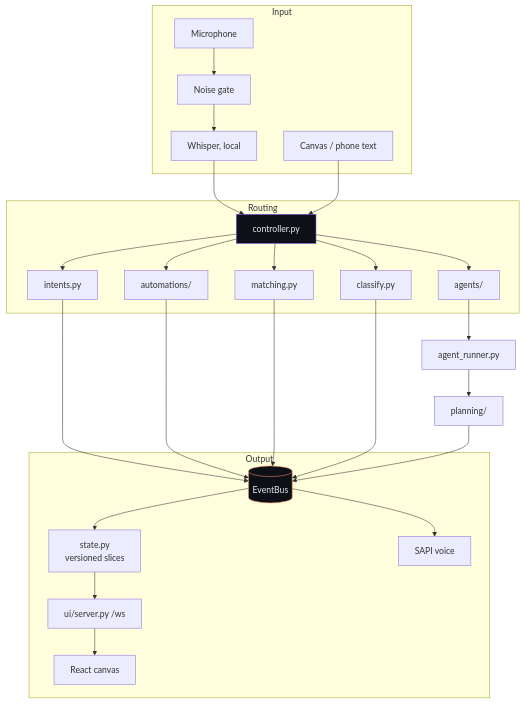
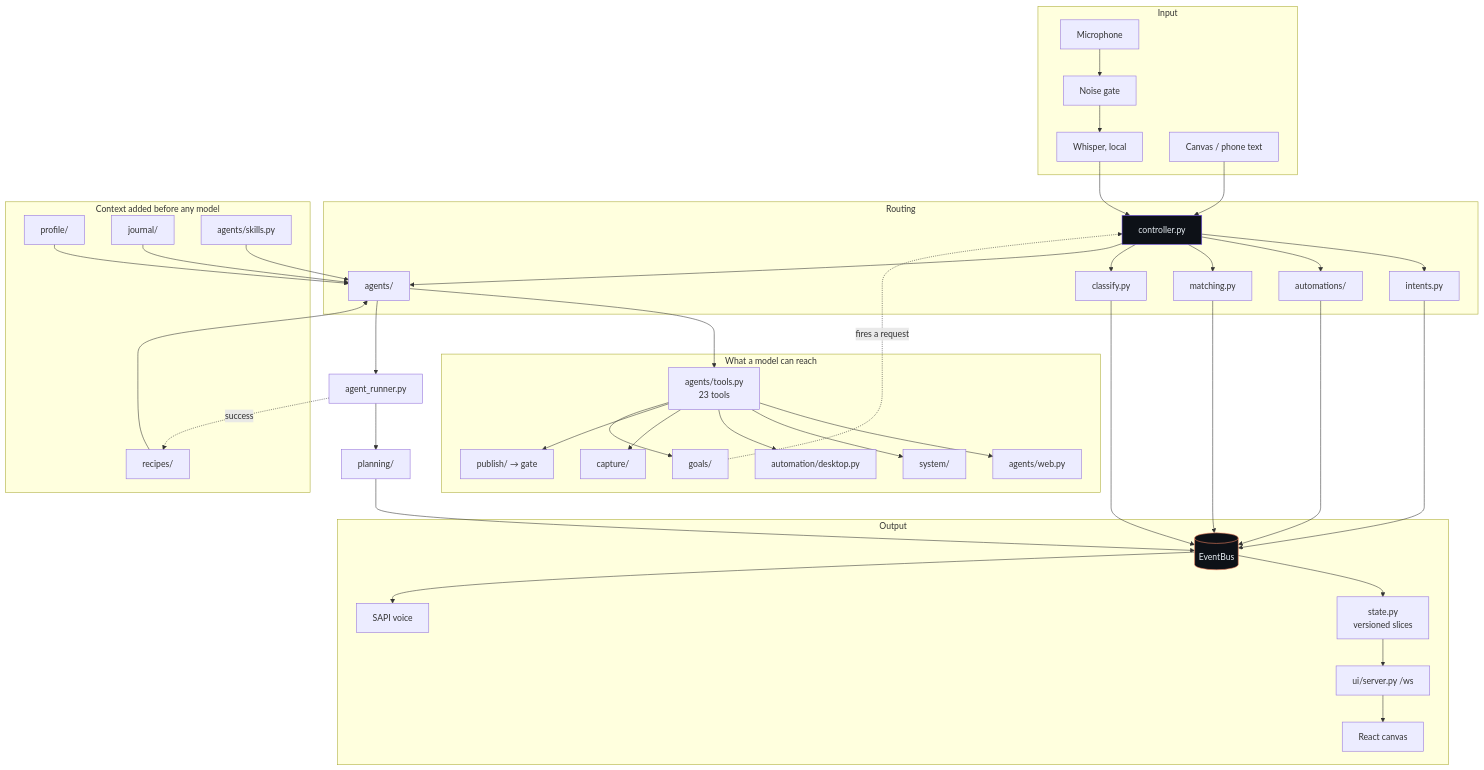
The fifth of 5 diagrams in README.md (unexperiencedone/assistant-), drawn with Mermaid before and after one commit. The commit also changed other lines of this file and 1 other file, not shown here.

First line of the commit message:
docs: document the Groq-first cascade, and add a user flow

````diff
--- a/README.md
+++ b/README.md
@@ -327,38 +546,57 @@
 ```mermaid
 flowchart TD
     subgraph IN [" Input "]
         MIC[Microphone] --> GATE[Noise gate]
         GATE --> STT[Whisper, local]
         TXT[Canvas / phone text]
     end
 
     STT --> CTL[controller.py]
     TXT --> CTL
 
     subgraph ROUTE [" Routing "]
         CTL --> INT[intents.py]
         CTL --> MAC[automations/]
         CTL --> LOOSE[matching.py]
         CTL --> CLS[classify.py]
         CTL --> AG[agents/]
     end
 
+    subgraph CTX [" Context added before any model "]
+        PROF[profile/] --> AG
+        JRNL[journal/] --> AG
+        RCP[recipes/] --> AG
+        SKL[agents/skills.py] --> AG
+    end
+
+    subgraph HANDS [" What a model can reach "]
+        AG --> TOOLS[agents/tools.py<br/>23 tools]
+        TOOLS --> WEBT[agents/web.py]
+        TOOLS --> SYS[system/]
+        TOOLS --> DESK[automation/desktop.py]
+        TOOLS --> CAP[capture/]
+        TOOLS --> PUB[publish/ → gate]
+        TOOLS --> GOAL[goals/]
+    end
+
     AG --> RUN[agent_runner.py]
     RUN --> PLAN[planning/]
+    RUN -.->|success| RCP
+    GOAL -.->|fires a request| CTL
 
     subgraph OUT [" Output "]
         BUS[(EventBus)] --> STATE[state.py<br/>versioned slices]
         STATE --> WS[ui/server.py /ws]
         WS --> CANVAS[React canvas]
         BUS --> TTS[SAPI voice]
     end
 
     INT --> BUS
     MAC --> BUS
     LOOSE --> BUS
     CLS --> BUS
     PLAN --> BUS
 
     style CTL fill:#0d1117,stroke:#7c5cff,color:#e6edf3
     style BUS fill:#0d1117,stroke:#ff8a65,color:#e6edf3
 ```
````
